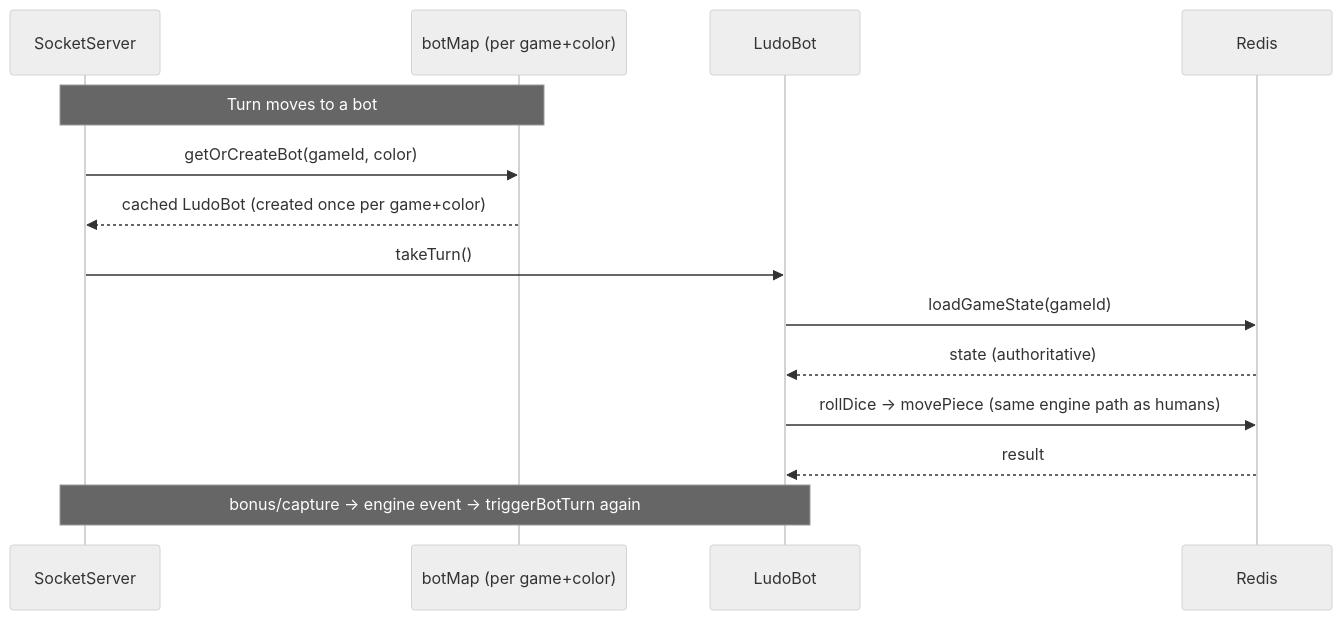
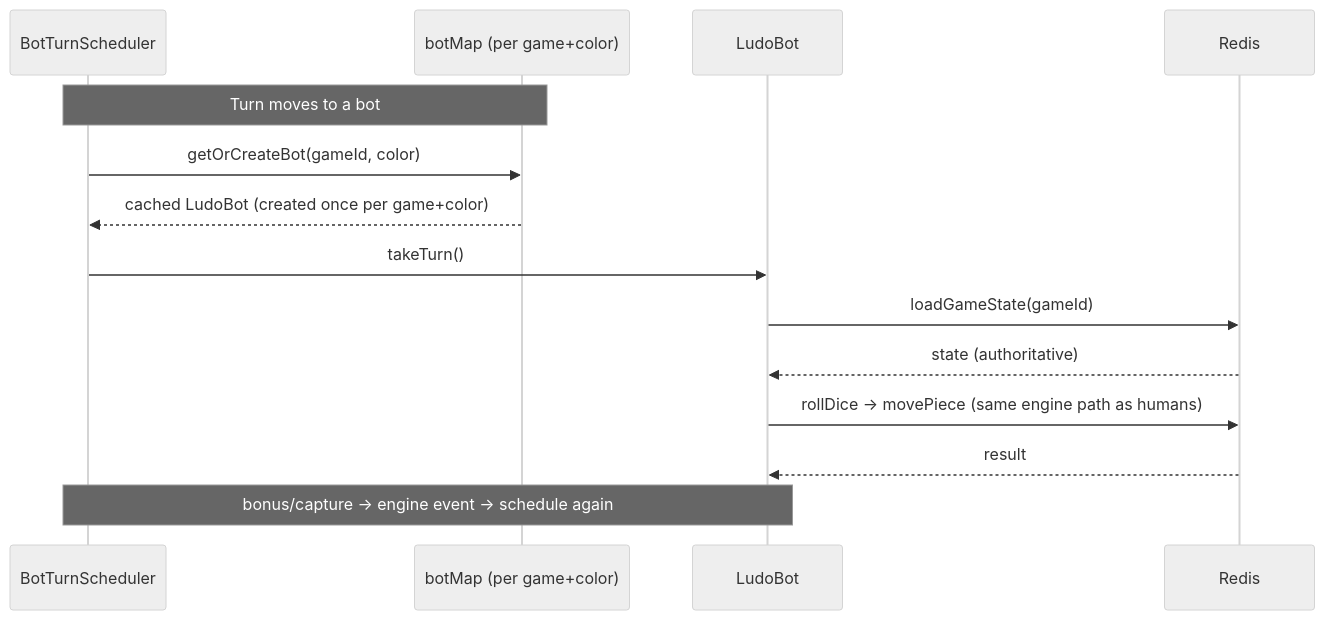
Before and after one commit to JaxzTan/ft_transcendence: the fourth of 4 diagrams in docs/ludo-engine/ludo-engine-redis-system.md, drawn with Mermaid (neutral theme). The commit also changed other lines of this file and 13 other files, not shown here.

````diff
--- a/docs/ludo-engine/ludo-engine-redis-system.md
+++ b/docs/ludo-engine/ludo-engine-redis-system.md
@@ -186,17 +187,17 @@
 ```mermaid
 sequenceDiagram
-    participant Server as SocketServer
+    participant Server as BotTurnScheduler
     participant Cache as botMap (per game+color)
     participant Bot as LudoBot
     participant R as Redis
 
     Note over Server,Cache: Turn moves to a bot
     Server->>Cache: getOrCreateBot(gameId, color)
     Cache-->>Server: cached LudoBot (created once per game+color)
     Server->>Bot: takeTurn()
     Bot->>R: loadGameState(gameId)
     R-->>Bot: state (authoritative)
     Bot->>R: rollDice → movePiece (same engine path as humans)
     R-->>Bot: result
-    Note over Server,Bot: bonus/capture → engine event → triggerBotTurn again
+    Note over Server,Bot: bonus/capture → engine event → schedule again
 ```
````
